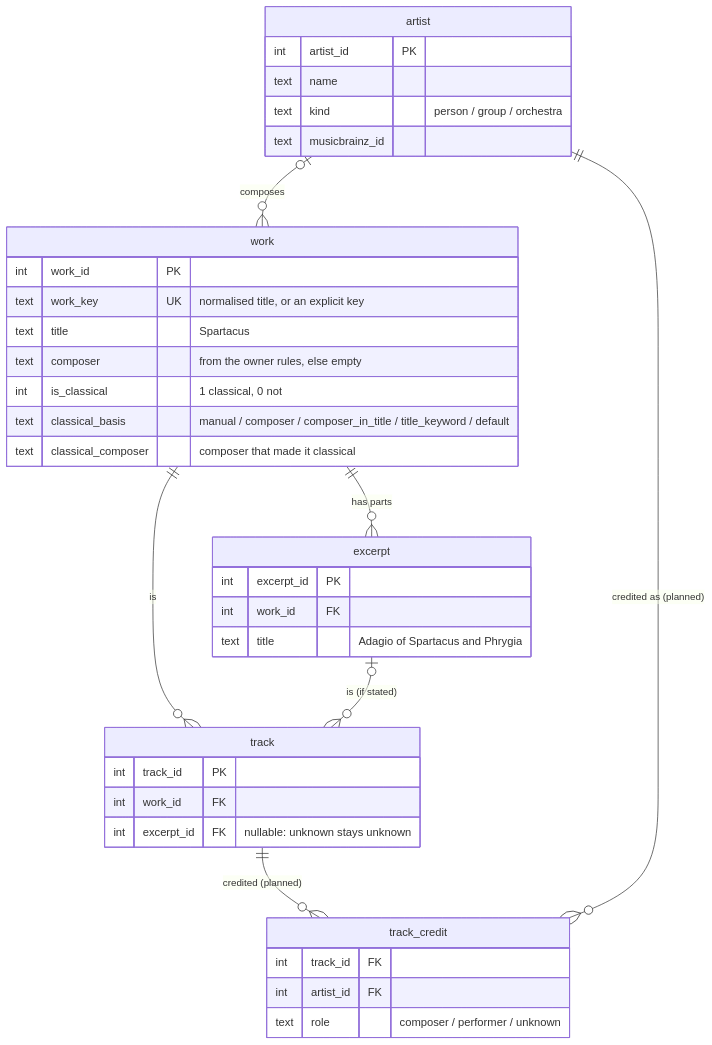
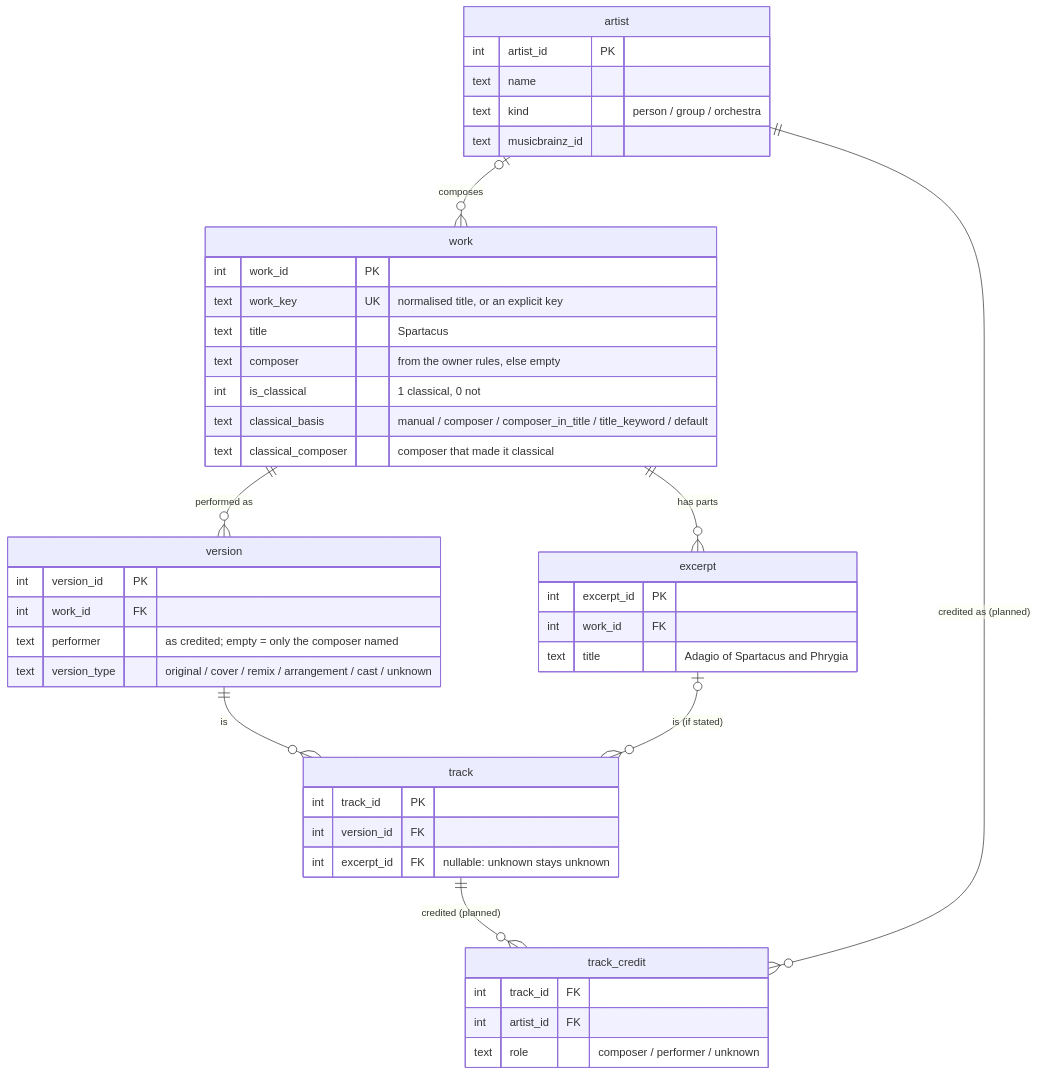
The second of 2 diagrams in docs/db_schema.md (BorisenkoAnna1193/rg-music-catalog), drawn with Mermaid before and after one commit. The commit also changed other lines of this file and 8 other files, not shown here.

````diff
--- a/docs/db_schema.md
+++ b/docs/db_schema.md
@@ -112,40 +115,47 @@
 ```mermaid
 erDiagram
     work ||--o{ excerpt : "has parts"
-    work ||--o{ track : "is"
+    work ||--o{ version : "performed as"
+    version ||--o{ track : "is"
     excerpt |o--o{ track : "is (if stated)"
     artist |o--o{ work : "composes"
     track ||--o{ track_credit : "credited (planned)"
     artist ||--o{ track_credit : "credited as (planned)"
 
     work {
         int work_id PK
         text work_key UK "normalised title, or an explicit key"
         text title "Spartacus"
         text composer "from the owner rules, else empty"
         int is_classical "1 classical, 0 not"
         text classical_basis "manual / composer / composer_in_title / title_keyword / default"
         text classical_composer "composer that made it classical"
     }
+    version {
+        int version_id PK
+        int work_id FK
+        text performer "as credited; empty = only the composer named"
+        text version_type "original / cover / remix / arrangement / cast / unknown"
+    }
     excerpt {
         int excerpt_id PK
         int work_id FK
         text title "Adagio of Spartacus and Phrygia"
     }
     track {
         int track_id PK
-        int work_id FK
+        int version_id FK
         int excerpt_id FK "nullable: unknown stays unknown"
     }
     artist {
         int artist_id PK
         text name
         text kind "person / group / orchestra"
         text musicbrainz_id
     }
     track_credit {
         int track_id FK
         int artist_id FK
         text role "composer / performer / unknown"
     }
 ```
````
